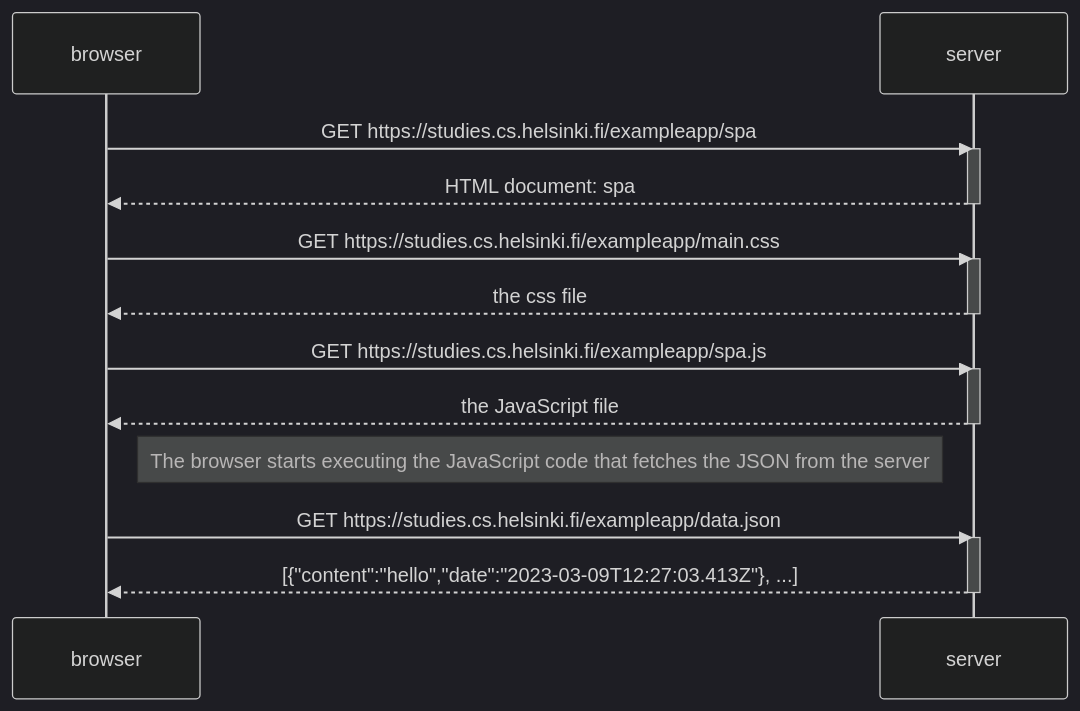
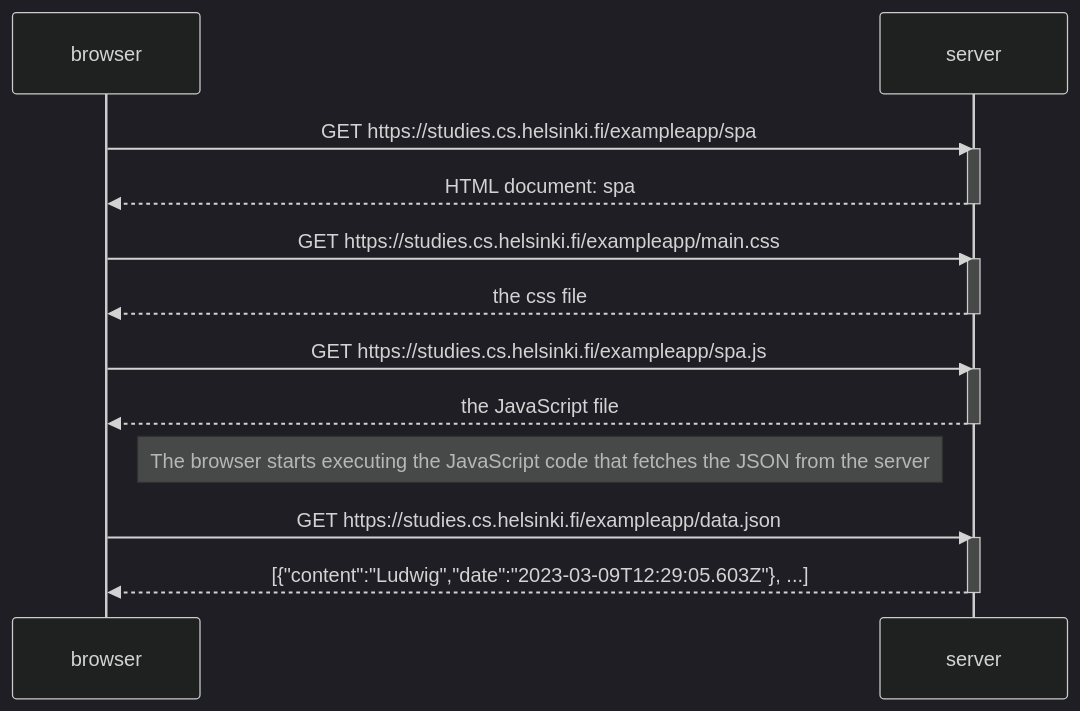
Before and after one commit to Amr-Magdy95/FullStackOpen: the diagram in part0/0.5/README.md, drawn with Mermaid (dark theme). The commit also changed 2 other files, not shown here.

Commit message:
revised all three exercises

````diff
--- a/part0/0.5/README.md
+++ b/part0/0.5/README.md
@@ -3,29 +3,29 @@
 ```mermaid
 sequenceDiagram
     participant browser
     participant server
 
     browser->>server: GET https://studies.cs.helsinki.fi/exampleapp/spa
     activate server
     server-->>browser: HTML document: spa
     deactivate server
 
     browser->>server: GET https://studies.cs.helsinki.fi/exampleapp/main.css
     activate server
     server-->>browser: the css file
     deactivate server
 
     browser->>server: GET https://studies.cs.helsinki.fi/exampleapp/spa.js
     activate server
     server-->>browser: the JavaScript file
     deactivate server
 
     Note right of browser: The browser starts executing the JavaScript code that fetches the JSON from the server
 
     browser->>server: GET https://studies.cs.helsinki.fi/exampleapp/data.json
     activate server
-    server-->>browser: [{"content":"hello","date":"2023-03-09T12:27:03.413Z"}, ...]
+    server-->>browser: [{"content":"Ludwig","date":"2023-03-09T12:29:05.603Z"}, ...]
     deactivate server
 
 
 ```
````
